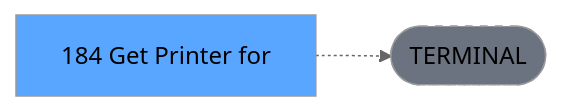
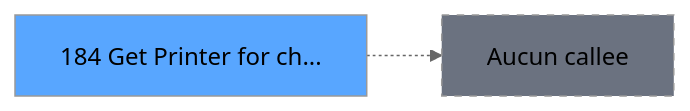
One commit to thonyAGP/magic-migration changed the third of 3 diagrams in .openspec/specs/ADH-IDE-184.md. Above: the diagram before and after it, drawn with Mermaid (neutral theme). The commit also changed other lines of this file and 311 other files, not shown here.

````diff
--- a/.openspec/specs/ADH-IDE-184.md
+++ b/.openspec/specs/ADH-IDE-184.md
@@ -138,8 +139,8 @@
 ```mermaid
 graph LR
-    T[184 Get Printer for]
-    TERM([TERMINAL])
-    T -.-> TERM
-    style TERM fill:#6b7280,stroke-dasharray: 5 5
-    style T fill:#58a6ff,color:#000
+    T184[184 Get Printer for ch...]
+    style T184 fill:#58a6ff
+    NONE[Aucun callee]
+    T184 -.-> NONE
+    style NONE fill:#6b7280,stroke-dasharray: 5 5
 ```
````
